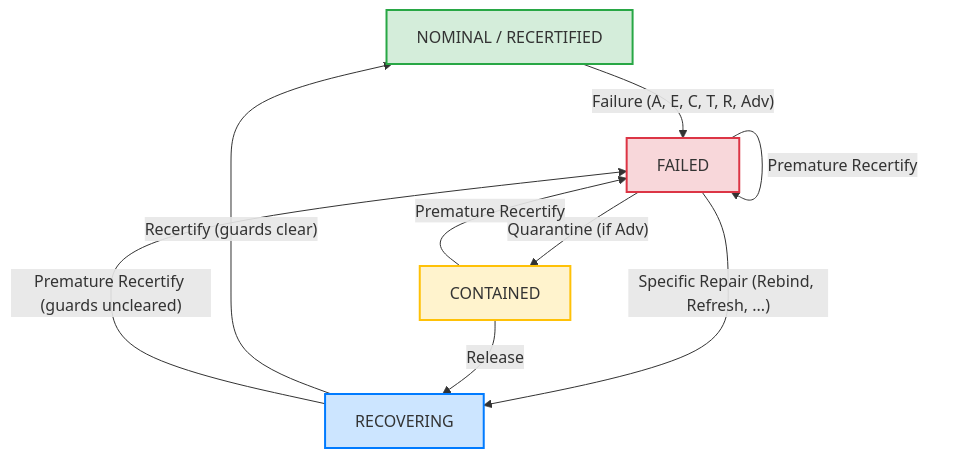
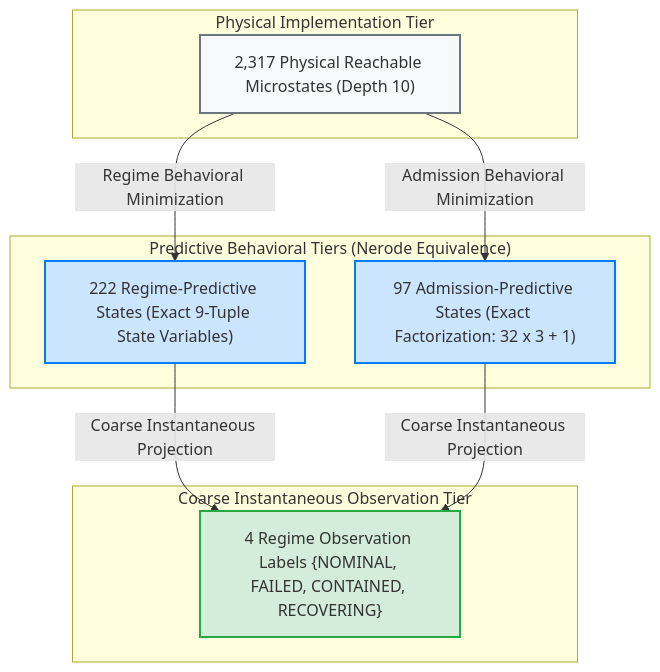
One commit to NB11B/UoW-v3 changed the diagram in docs/JEV_LIFECYCLE_GRAMMAR_EXPERIMENT.md. Above: the diagram before and after it, drawn with Mermaid. The commit also changed other lines of this file and 3 other files, not shown here.

Commit message:
feat(experiment): factorize 97 admission and 222 regime predictive classes into exact state variable bijections

````diff
--- a/docs/JEV_LIFECYCLE_GRAMMAR_EXPERIMENT.md
+++ b/docs/JEV_LIFECYCLE_GRAMMAR_EXPERIMENT.md
@@ -109,28 +48,28 @@
 ```mermaid
 flowchart TD
-    NOM[NOMINAL / RECERTIFIED]
-    FAIL[FAILED]
-    CONT[CONTAINED]
-    RECOV[RECOVERING]
+    subgraph Microstates ["Physical Implementation Tier"]
+        X["2,317 Physical Reachable Microstates (Depth 10)"]
+    end
 
-    NOM -- "Failure (A, E, C, T, R, Adv)" --> FAIL
-    FAIL -- "Specific Repair (Rebind, Refresh, ...)" --> RECOV
-    FAIL -- "Quarantine (if Adv)" --> CONT
-    FAIL -- "Premature Recertify" --> FAIL
+    subgraph Grammars ["Predictive Behavioral Tiers (Nerode Equivalence)"]
+        R222["222 Regime-Predictive States (Exact 9-Tuple State Variables)"]
+        A97["97 Admission-Predictive States (Exact Factorization: 32 x 3 + 1)"]
+    end
 
-    CONT -- "Release" --> RECOV
-    CONT -- "Premature Recertify" --> FAIL
+    subgraph Labels ["Coarse Instantaneous Observation Tier"]
+        L4["4 Regime Observation Labels {NOMINAL, FAILED, CONTAINED, RECOVERING}"]
+    end
 
-    RECOV -- "Recertify (guards clear)" --> NOM
-    RECOV -- "Premature Recertify (guards uncleared)" --> FAIL
+    X -- "Regime Behavioral Minimization" --> R222
+    X -- "Admission Behavioral Minimization" --> A97
+    R222 -- "Coarse Instantaneous Projection" --> L4
+    A97 -- "Coarse Instantaneous Projection" --> L4
 
-    classDef nominalStyle fill:#d4edda,stroke:#28a745,stroke-width:2px;
-    classDef failStyle fill:#f8d7da,stroke:#dc3545,stroke-width:2px;
-    classDef containStyle fill:#fff3cd,stroke:#ffc107,stroke-width:2px;
-    classDef recovStyle fill:#cce5ff,stroke:#007bff,stroke-width:2px;
+    classDef microStyle fill:#f8f9fa,stroke:#6c757d,stroke-width:2px;
+    classDef grammStyle fill:#cce5ff,stroke:#007bff,stroke-width:2px;
+    classDef labelStyle fill:#d4edda,stroke:#28a745,stroke-width:2px;
 
-    class NOM nominalStyle;
-    class FAIL failStyle;
-    class CONT containStyle;
-    class RECOV recovStyle;
+    class X microStyle;
+    class R222,A97 grammStyle;
+    class L4 labelStyle;
 ```
````
